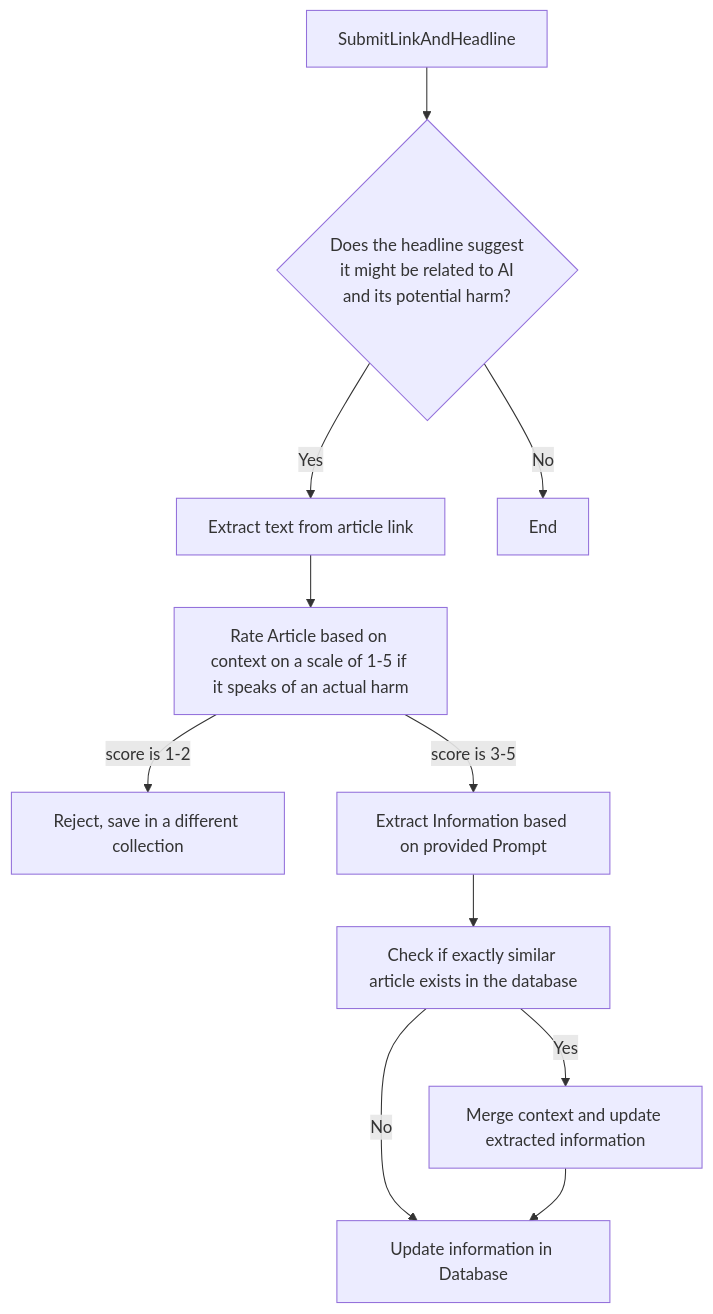
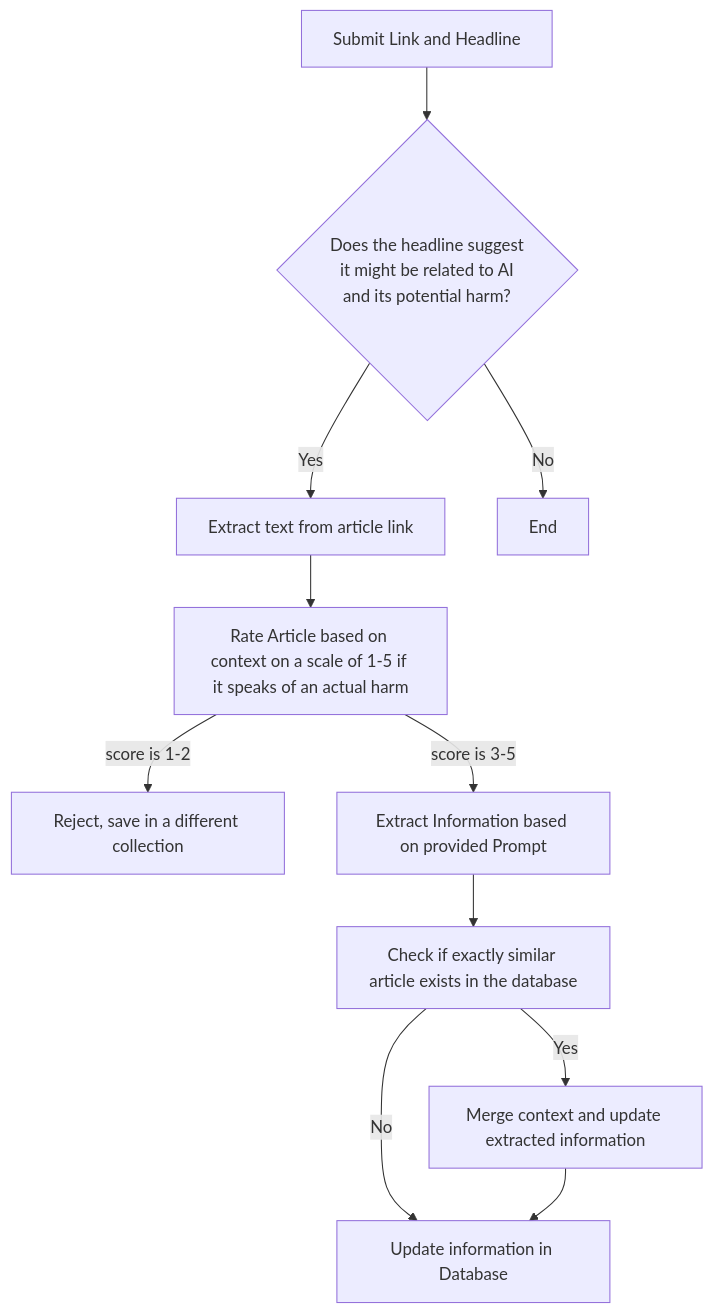
Before and after one commit to armsp/AIFU: the fourth of 4 diagrams in README.md, drawn with Mermaid. The commit also changed other lines of this file, not shown here.

````diff
--- a/README.md
+++ b/README.md
@@ -155,13 +159,13 @@
 ```mermaid
 flowchart TB
-    SubmitLinkAndHeadline --> B{"`Does the headline suggest<br> it might be related to AI<br> and its potential harm?`"}
+    A[Submit Link and Headline] --> B{"Does the headline suggest<br> it might be related to AI<br> and its potential harm?"}
     B --> |Yes| C[Extract text from article link]
     B --> |No| E[End]
     C --> D[Rate Article based on context on a scale of 1-5 if it speaks of an actual harm]
     D --> |score is 1-2| F[Reject, save in a different collection]
     D --> |score is 3-5| G[Extract Information based on provided Prompt]
     G --> H[Check if exactly similar article exists in the database]
     H --> |No| I
     H --> |Yes| J[Merge context and update extracted information]
     J --> I[Update information in Database]   
 ```
````
